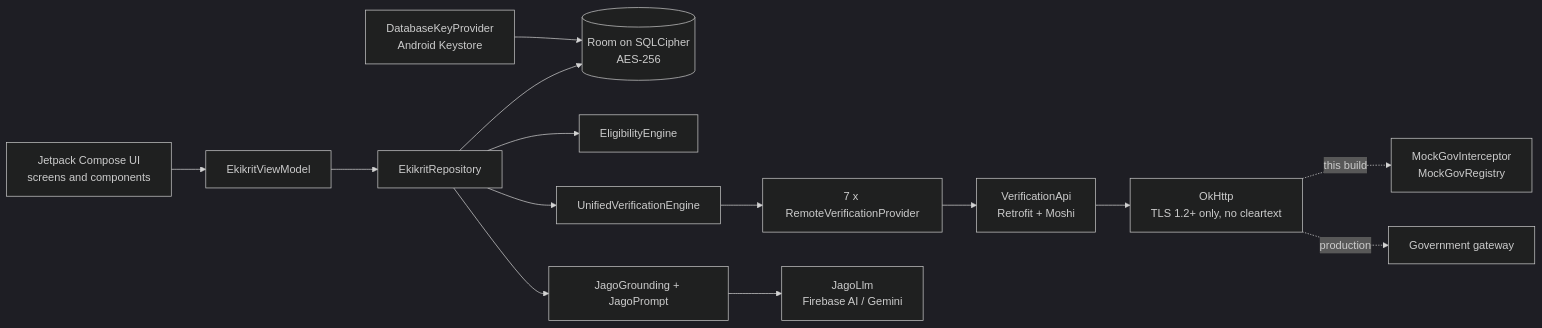
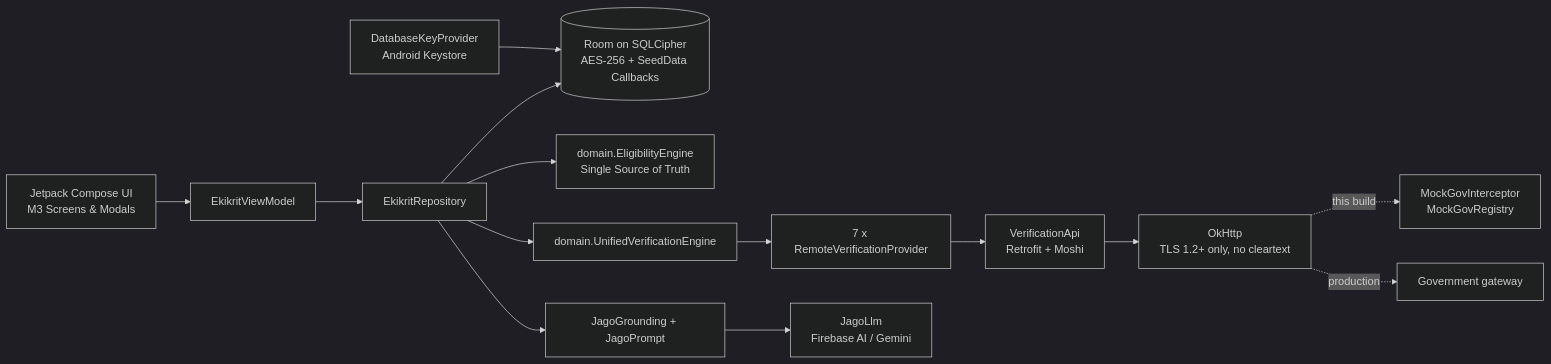
The diagram in README.md (jhamanas/Ekikrit), drawn with Mermaid (dark theme) before and after one commit. The commit also changed other lines of this file and 26 other files, not shown here.

````diff
--- a/README.md
+++ b/README.md
@@ -56,16 +56,16 @@
 ```mermaid
 flowchart LR
-    UI["Jetpack Compose UI<br/>screens and components"] --> VM["EkikritViewModel"]
+    UI["Jetpack Compose UI<br/>M3 Screens & Modals"] --> VM["EkikritViewModel"]
     VM --> Repo["EkikritRepository"]
-    Repo --> DB[("Room on SQLCipher<br/>AES-256")]
-    Repo --> Elig["EligibilityEngine"]
-    Repo --> Ver["UnifiedVerificationEngine"]
+    Repo --> DB[("Room on SQLCipher<br/>AES-256 + SeedData Callbacks")]
+    Repo --> Elig["domain.EligibilityEngine<br/>Single Source of Truth"]
+    Repo --> Ver["domain.UnifiedVerificationEngine"]
     Ver --> Prov["7 x RemoteVerificationProvider"]
     Prov --> API["VerificationApi<br/>Retrofit + Moshi"]
     API --> OkHttp["OkHttp<br/>TLS 1.2+ only, no cleartext"]
     OkHttp -.->|"this build"| Mock["MockGovInterceptor<br/>MockGovRegistry"]
     OkHttp -.->|"production"| Gov["Government gateway"]
     Repo --> Ground["JagoGrounding + JagoPrompt"]
     Ground --> LLM["JagoLlm<br/>Firebase AI / Gemini"]
     Key["DatabaseKeyProvider<br/>Android Keystore"] --> DB
 ```
````
